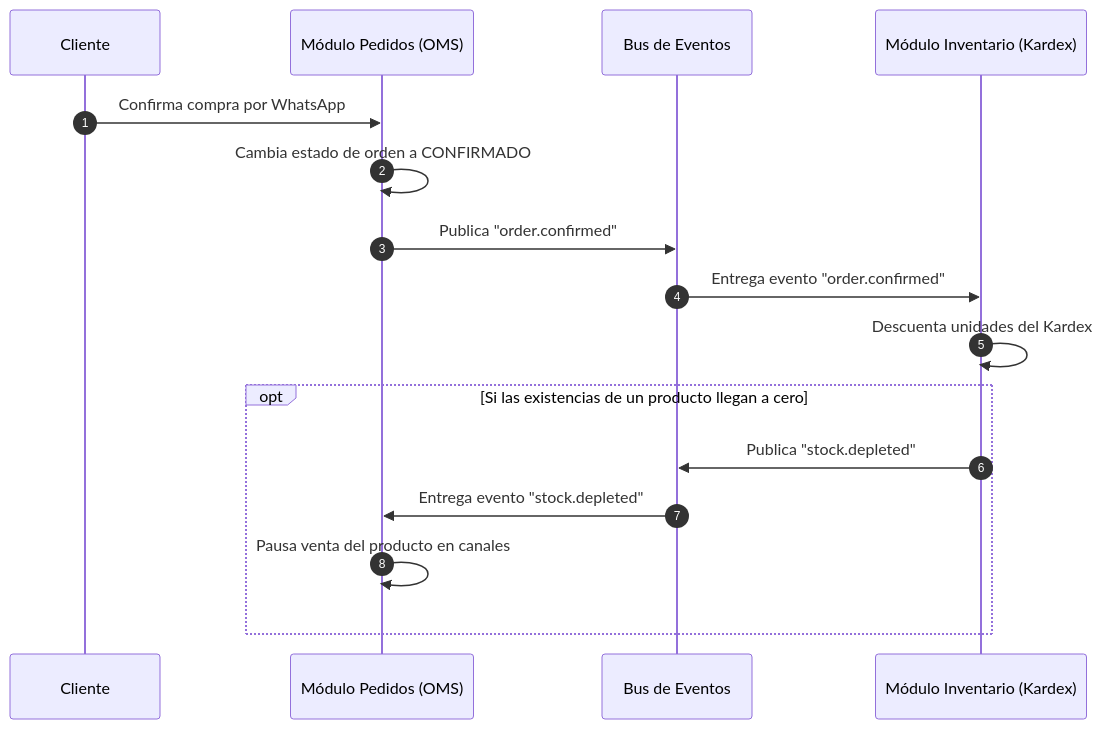
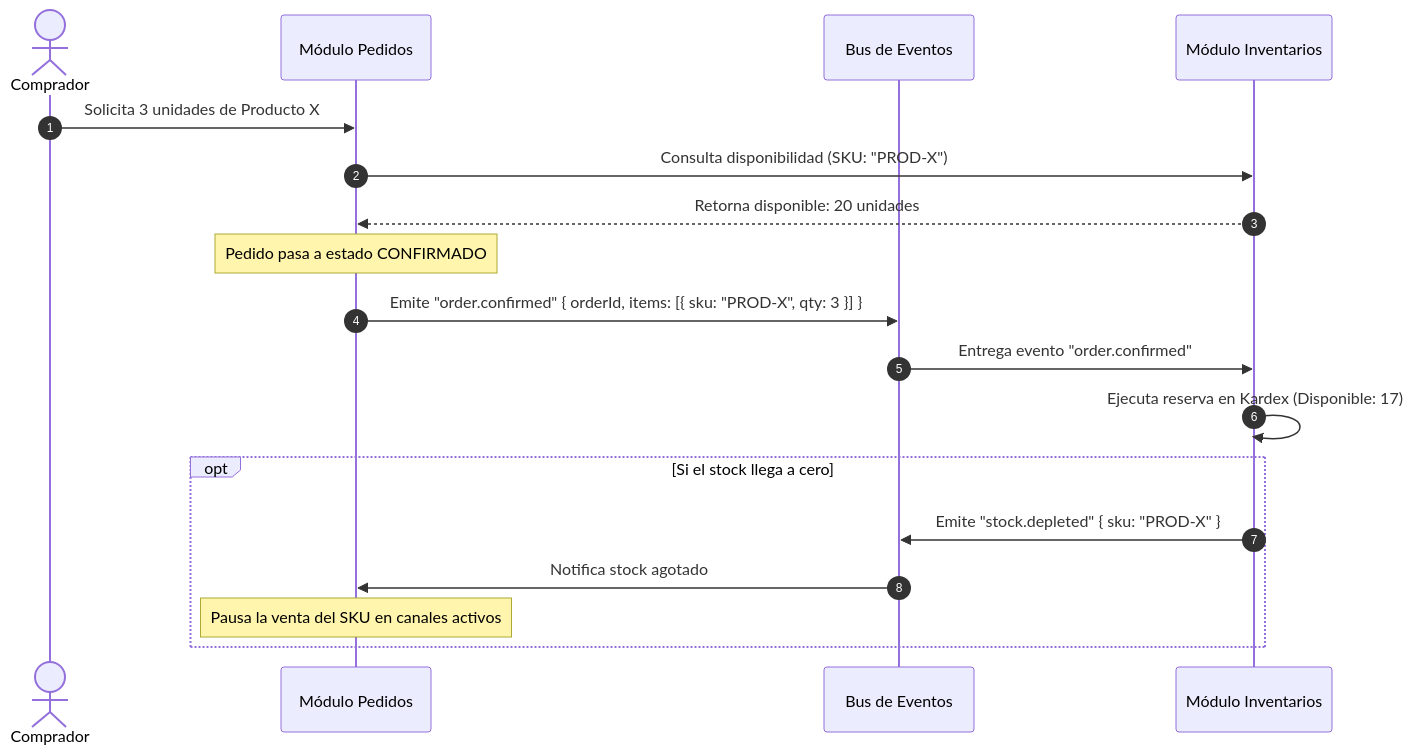
Before and after one commit to jquinto-stt/AegisAi-JessyQt: the diagram in Docs/PEDIDOS/oms-agnostico-whatsapp/03-comunicacion-inter-modulos-eventos-y-catalogo.md, drawn with Mermaid. The commit also changed other lines of this file and 5 other files, not shown here.

````diff
--- a/Docs/PEDIDOS/oms-agnostico-whatsapp/03-comunicacion-inter-modulos-eventos-y-catalogo.md
+++ b/Docs/PEDIDOS/oms-agnostico-whatsapp/03-comunicacion-inter-modulos-eventos-y-catalogo.md
@@ -40,21 +44,24 @@
 ```mermaid
 sequenceDiagram
     autonumber
-    participant Cliente
-    participant Pedidos as Módulo Pedidos (OMS)
+    actor Comprador
+    participant Pedidos as Módulo Pedidos
     participant Bus as Bus de Eventos
-    participant Inventario as Módulo Inventario (Kardex)
+    participant Inventario as Módulo Inventarios
 
-    Cliente->>Pedidos: Confirma compra por WhatsApp
-    Pedidos->>Pedidos: Cambia estado de orden a CONFIRMADO
-    Pedidos->>Bus: Publica "order.confirmed"
+    Comprador->>Pedidos: Solicita 3 unidades de Producto X
+    Pedidos->>Inventario: Consulta disponibilidad (SKU: "PROD-X")
+    Inventario-->>Pedidos: Retorna disponible: 20 unidades
+    
+    Note over Pedidos: Pedido pasa a estado CONFIRMADO
+    Pedidos->>Bus: Emite "order.confirmed" { orderId, items: [{ sku: "PROD-X", qty: 3 }] }
     
     Bus->>Inventario: Entrega evento "order.confirmed"
-    Inventario->>Inventario: Descuenta unidades del Kardex
+    Inventario->>Inventario: Ejecuta reserva en Kardex (Disponible: 17)
     
-    opt Si las existencias de un producto llegan a cero
-        Inventario->>Bus: Publica "stock.depleted"
-        Bus->>Pedidos: Entrega evento "stock.depleted"
-        Pedidos->>Pedidos: Pausa venta del producto en canales
+    opt Si el stock llega a cero
+        Inventario->>Bus: Emite "stock.depleted" { sku: "PROD-X" }
+        Bus->>Pedidos: Notifica stock agotado
+        Note over Pedidos: Pausa la venta del SKU en canales activos
     end
 ```
````
